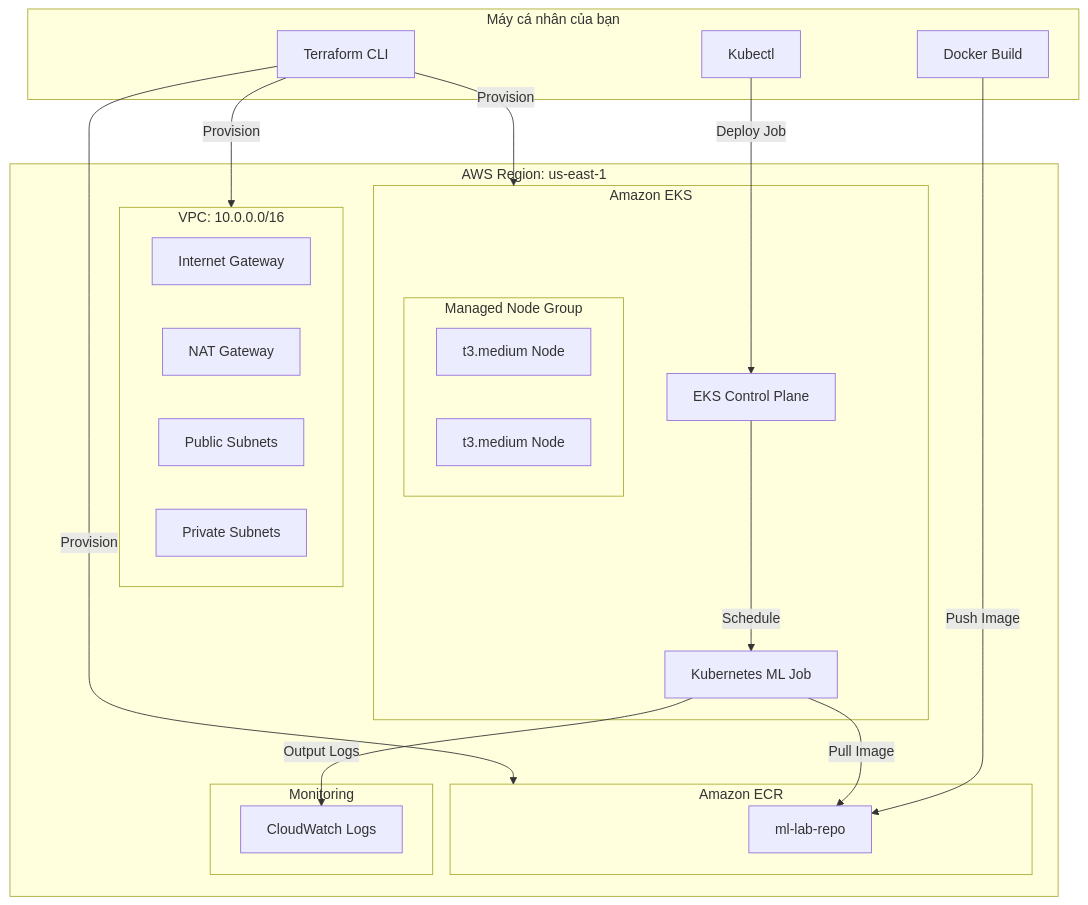
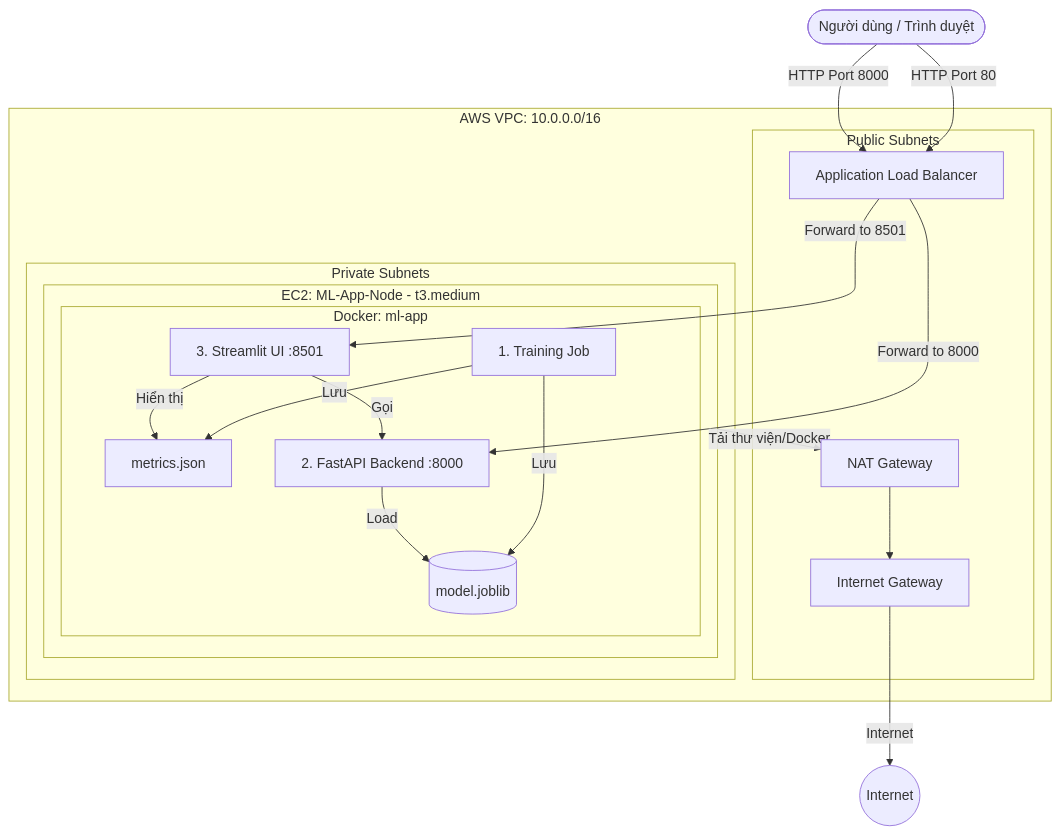
The diagram in README.md (edward1503/Day16-Track2-Assignment), drawn with Mermaid before and after one commit. The commit also changed other lines of this file and 20 other files, not shown here.

````diff
--- a/README.md
+++ b/README.md
@@ -9,45 +15,31 @@
 ```mermaid
 graph TD
-    subgraph Local_Machine [Máy cá nhân của bạn]
-        TF[Terraform CLI]
-        DK[Docker Build]
-        KC[Kubectl]
-    end
-
-    subgraph AWS_Cloud [AWS Region: us-east-1]
-        subgraph Networking [VPC: 10.0.0.0/16]
+    User([Người dùng / Trình duyệt]) -->|HTTP Port 80| ALB[Application Load Balancer]
+    User -->|HTTP Port 8000| ALB
+    
+    subgraph VPC [AWS VPC: 10.0.0.0/16]
+        subgraph Public_Subnet [Public Subnets]
+            ALB
+            NAT[NAT Gateway]
             IGW[Internet Gateway]
-            NAT[NAT Gateway]
-            PubSub[Public Subnets]
-            PrivSub[Private Subnets]
         end
-
-        subgraph Container_Registry [Amazon ECR]
-            Repo[ml-lab-repo]
-        end
-
-        subgraph Compute_Cluster [Amazon EKS]
-            Master[EKS Control Plane]
-            subgraph NodeGroup [Managed Node Group]
-                Node1[t3.medium Node]
-                Node2[t3.medium Node]
+        
+        subgraph Private_Subnet [Private Subnets]
+            subgraph ML_Node [EC2: ML-App-Node - t3.medium]
+                subgraph Docker_Container [Docker: ml-app]
+                    Train[1. Training Job] -->|Lưu| Model[(model.joblib)]
+                    Train -->|Lưu| Metrics[metrics.json]
+                    API[2. FastAPI Backend :8000] -->|Load| Model
+                    UI[3. Streamlit UI :8501] -->|Gọi| API
+                    UI -->|Hiển thị| Metrics
+                end
             end
-            Job[Kubernetes ML Job]
-        end
-
-        subgraph Logging [Monitoring]
-            CW[CloudWatch Logs]
         end
     end
-
-    %% Flow lines
-    TF -->|Provision| Networking
-    TF -->|Provision| Container_Registry
-    TF -->|Provision| Compute_Cluster
     
-    DK -->|Push Image| Repo
-    KC -->|Deploy Job| Master
-    Master -->|Schedule| Job
-    Job -->|Pull Image| Repo
-    Job -->|Output Logs| CW
+    ALB -->|Forward to 8501| UI
+    ALB -->|Forward to 8000| API
+    ML_Node -->|Tải thư viện/Docker| NAT
+    NAT --> IGW
+    IGW -->|Internet| WWW((Internet))
 ```
````
